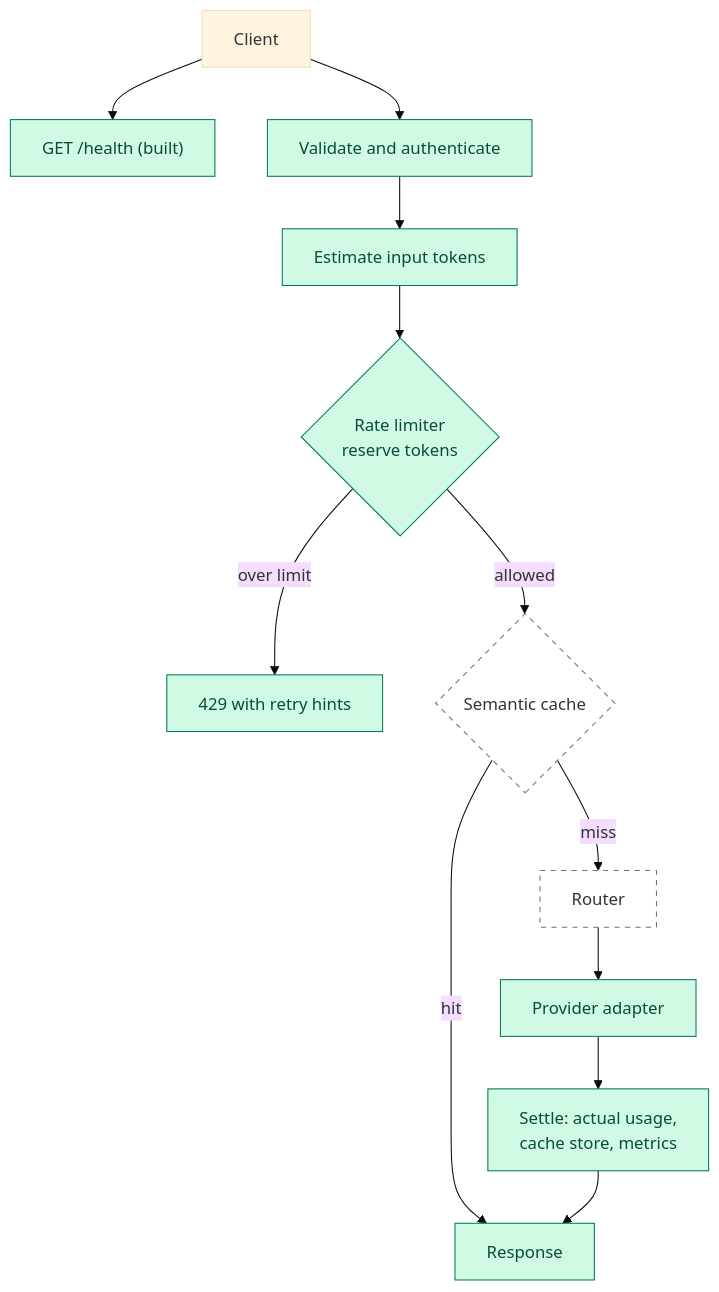
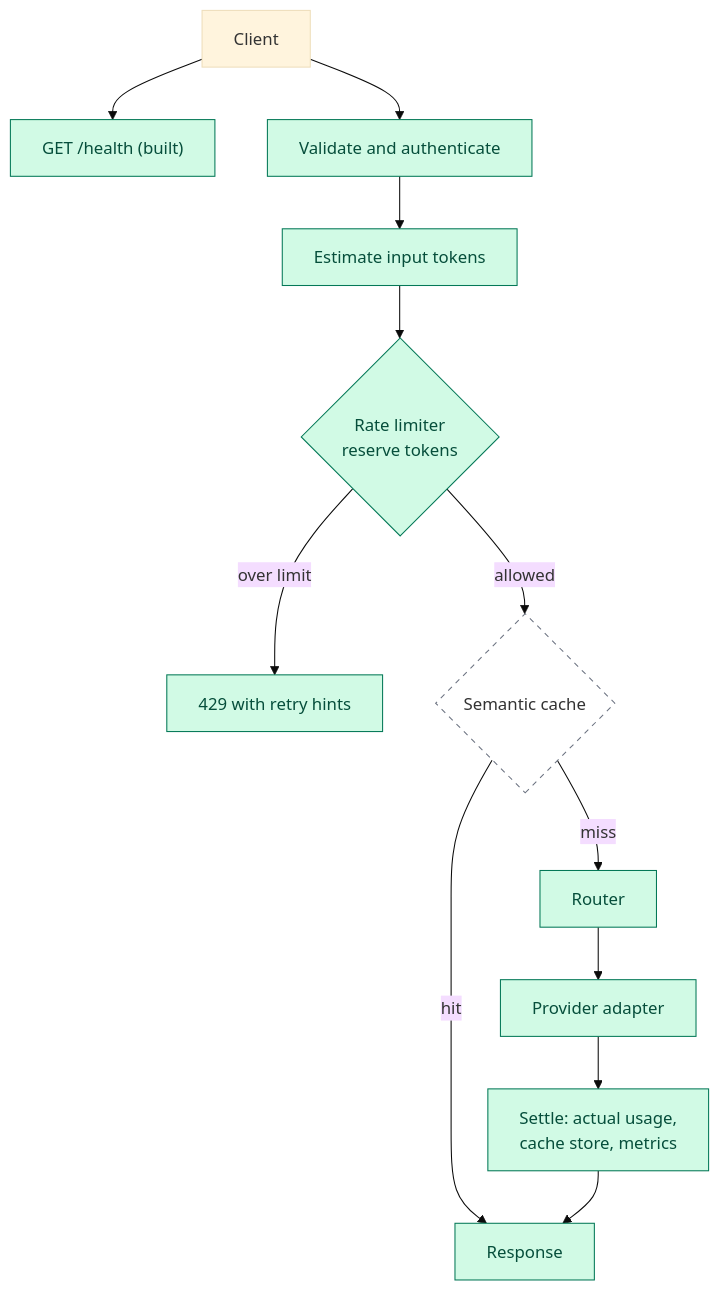
The diagram in README.md (apoorvrajdev/tollgate), drawn with Mermaid (base theme) before and after one commit. The commit also changed other lines of this file and 1 other file, not shown here.

````diff
--- a/README.md
+++ b/README.md
@@ -55,19 +56,19 @@
 ```mermaid
 flowchart TB
   C[Client] --> H["GET /health (built)"]
   C --> V[Validate and authenticate]
   V --> E[Estimate input tokens]
   E --> RL{Rate limiter<br/>reserve tokens}
   RL -- over limit --> R429[429 with retry hints]
   RL -- allowed --> SC{Semantic cache}
   SC -- hit --> RESP[Response]
   SC -- miss --> RT[Router]
   RT --> P[Provider adapter]
   P --> ST[Settle: actual usage,<br/>cache store, metrics]
   ST --> RESP
 
   classDef built fill:#d1fae5,stroke:#047857,color:#064e3b
   classDef planned fill:none,stroke:#6b7280,stroke-dasharray: 5 5
-  class H,V,E,RL,R429,RESP,P,ST built
-  class SC,RT planned
+  class H,V,E,RL,R429,RESP,RT,P,ST built
+  class SC planned
 ```
````
